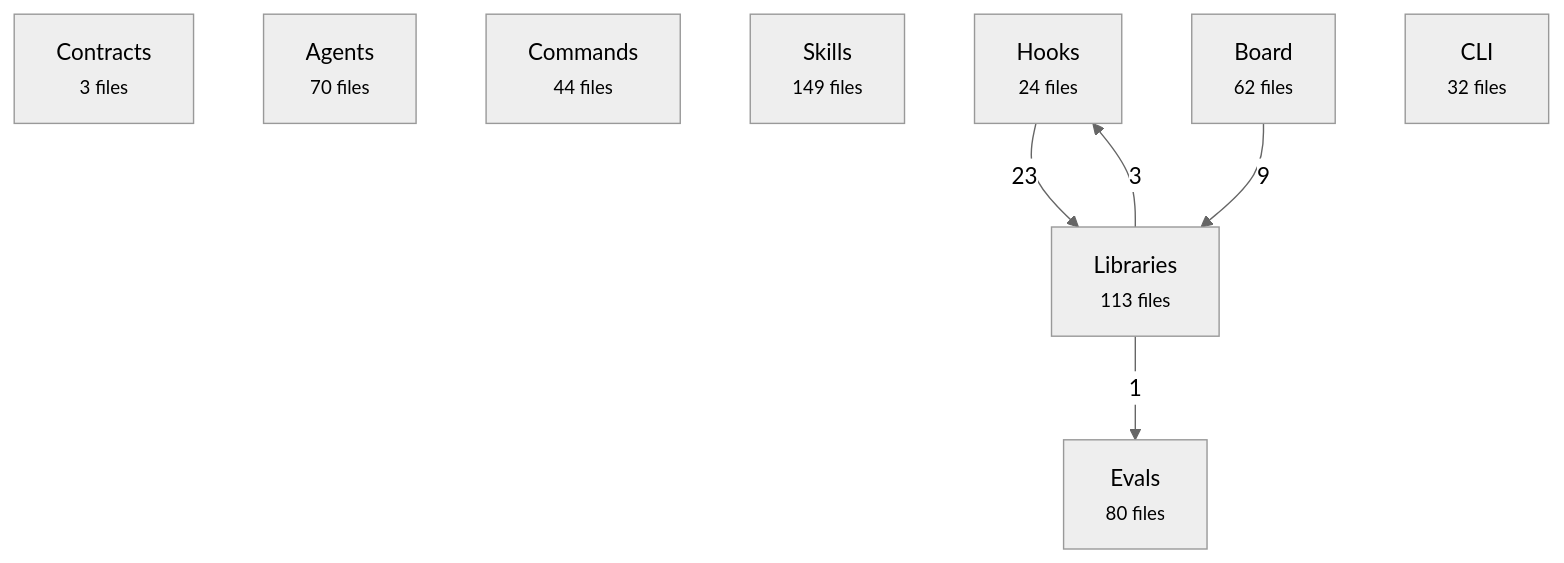
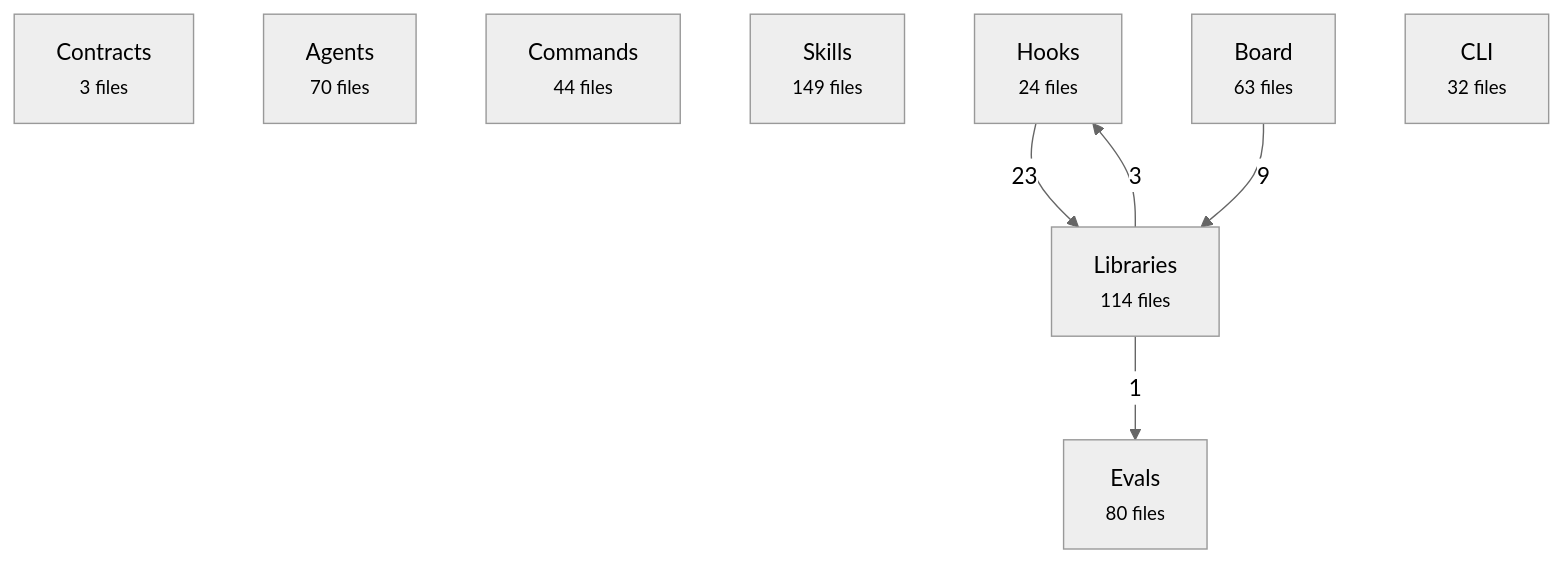
The first of 2 diagrams in docs/reference/architecture-map.md (avelikiy/great_cto), drawn with Mermaid (neutral theme) before and after one commit. The commit also changed other lines of this file and 6 other files, not shown here.

````diff
--- a/docs/reference/architecture-map.md
+++ b/docs/reference/architecture-map.md
@@ -20,16 +20,16 @@
 ```mermaid
 flowchart TD
   contracts["Contracts<br/><small>3 files</small>"]
   agents["Agents<br/><small>70 files</small>"]
   commands["Commands<br/><small>44 files</small>"]
   skills["Skills<br/><small>149 files</small>"]
   hooks["Hooks<br/><small>24 files</small>"]
-  libs["Libraries<br/><small>113 files</small>"]
-  board["Board<br/><small>62 files</small>"]
+  libs["Libraries<br/><small>114 files</small>"]
+  board["Board<br/><small>63 files</small>"]
   cli["CLI<br/><small>32 files</small>"]
   evals["Evals<br/><small>80 files</small>"]
   hooks -->|23| libs
   board -->|9| libs
   libs -->|3| hooks
   libs -->|1| evals
 ```
````
